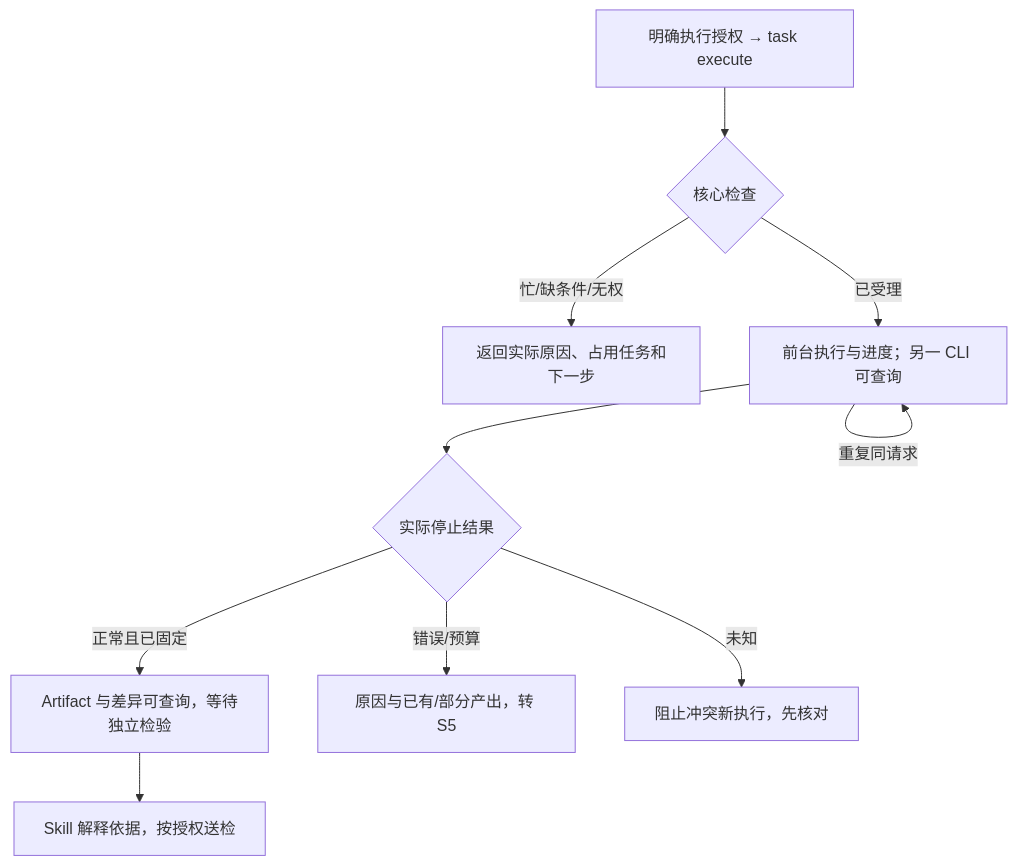
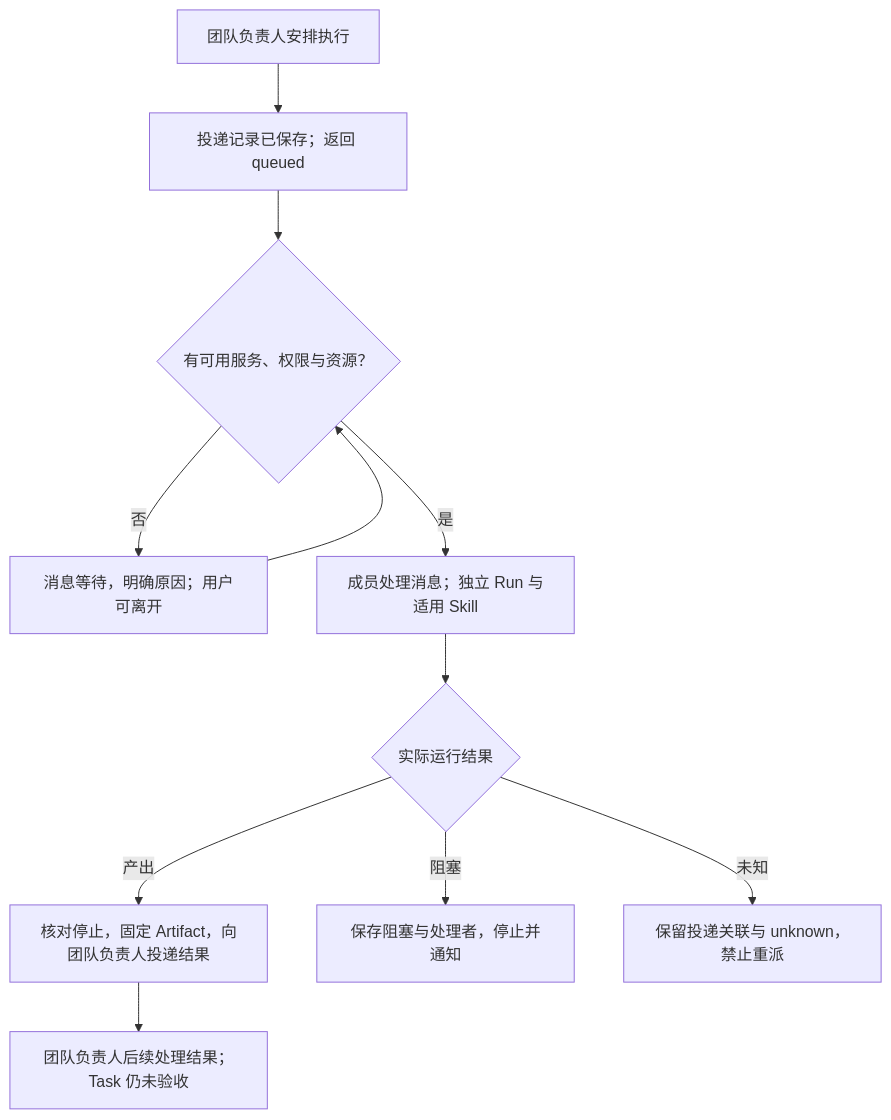
The fourth of 7 diagrams in docs/design/1-first-team-delivery/product.md (xforce-io/atelier), drawn with Mermaid before and after one commit. The commit also changed other lines of this file and 97 other files, not shown here.

````diff
--- a/docs/design/1-first-team-delivery/product.md
+++ b/docs/design/1-first-team-delivery/product.md
@@ -139,12 +192,13 @@
 ```mermaid
 flowchart TD
-    A["明确执行授权 → task execute"] --> B{"核心检查"}
-    B -->|忙/缺条件/无权| C["返回实际原因、占用任务和下一步"]
-    B -->|已受理| D["前台执行与进度；另一 CLI 可查询"]
-    D -->|重复同请求| D
-    D --> E{"实际停止结果"}
-    E -->|正常且已固定| F["Artifact 与差异可查询，等待独立检验"]
-    E -->|错误/预算| G["原因与已有/部分产出，转 S5"]
-    E -->|未知| H["阻止冲突新执行，先核对"]
-    F --> I["Skill 解释依据，按授权送检"]
+    A[团队负责人安排执行] --> B[投递记录已保存；返回 queued]
+    B --> C{有可用服务、权限与资源？}
+    C -->|否| D[消息等待，明确原因；用户可离开]
+    D --> C
+    C -->|是| E[成员处理消息；独立 Run 与适用 Skill]
+    E --> F{实际运行结果}
+    F -->|产出| G[核对停止，固定 Artifact，向团队负责人投递结果]
+    F -->|阻塞| H[保存阻塞与处理者，停止并通知]
+    F -->|未知| I[保留投递关联与 unknown，禁止重派]
+    G --> J[团队负责人后续处理结果；Task 仍未验收]
 ```
````
